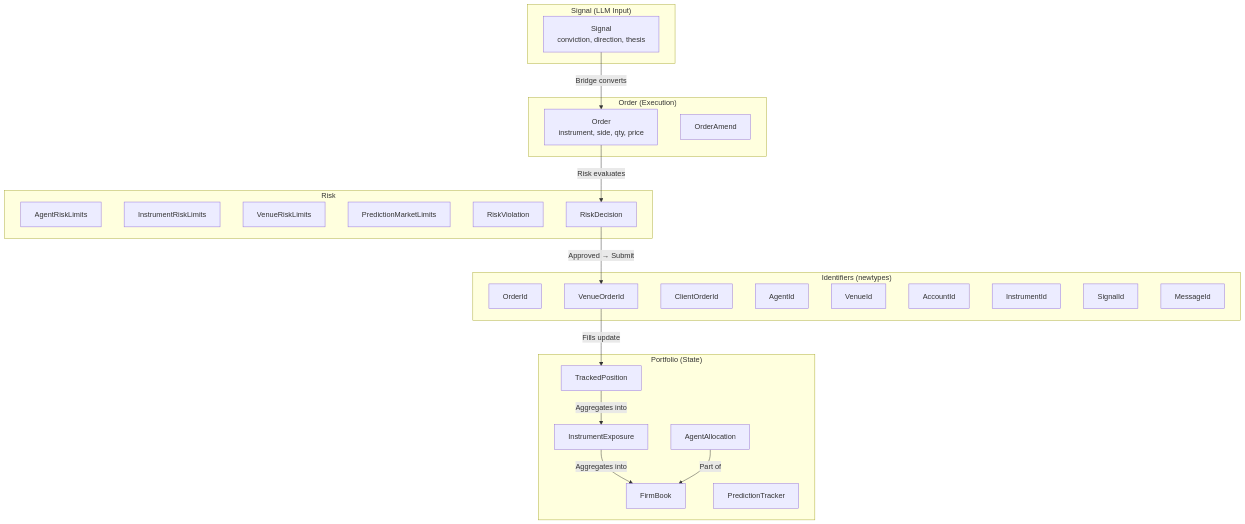
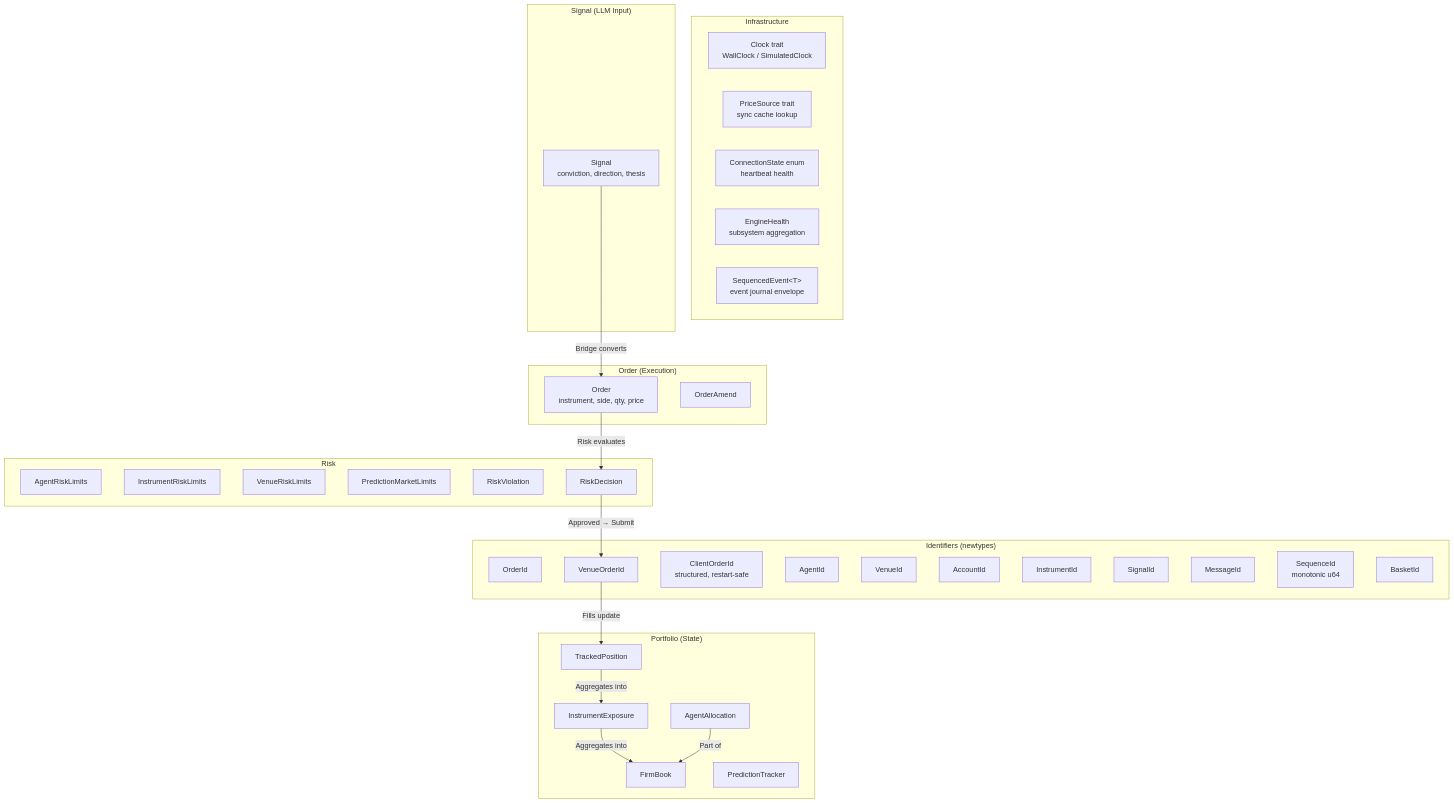
One commit to investlink-ai/feynman-engine changed the first of 4 diagrams in docs/DATA_MODEL.md. Above: the diagram before and after it, drawn with Mermaid. The commit also changed other lines of this file and 24 other files, not shown here.

````diff
--- a/docs/DATA_MODEL.md
+++ b/docs/DATA_MODEL.md
@@ -12,48 +12,58 @@
 ```mermaid
 graph TD
     subgraph Identifiers["Identifiers (newtypes)"]
         OID[OrderId]
         VOID[VenueOrderId]
-        COID[ClientOrderId]
+        COID[ClientOrderId<br/>structured, restart-safe]
         AID[AgentId]
         VID[VenueId]
         ACID[AccountId]
         IID[InstrumentId]
         SID[SignalId]
         MID[MessageId]
+        SEQID[SequenceId<br/>monotonic u64]
+        BID[BasketId]
+    end
+
+    subgraph Infra["Infrastructure"]
+        CLK[Clock trait<br/>WallClock / SimulatedClock]
+        PS[PriceSource trait<br/>sync cache lookup]
+        CS[ConnectionState enum<br/>heartbeat health]
+        EH[EngineHealth<br/>subsystem aggregation]
+        SE[SequencedEvent&lt;T&gt;<br/>event journal envelope]
     end
 
     subgraph Signal["Signal (LLM Input)"]
         SIG[Signal<br/>conviction, direction, thesis]
     end
 
     subgraph Order["Order (Execution)"]
         ORD[Order<br/>instrument, side, qty, price]
         OA[OrderAmend]
     end
 
     subgraph Risk["Risk"]
         ARL[AgentRiskLimits]
         IRL[InstrumentRiskLimits]
         VRL[VenueRiskLimits]
         PML[PredictionMarketLimits]
         RV[RiskViolation]
         RD[RiskDecision]
     end
 
     subgraph Portfolio["Portfolio (State)"]
         FB[FirmBook]
         AA[AgentAllocation]
         IE[InstrumentExposure]
         TP[TrackedPosition]
         PT[PredictionTracker]
     end
 
     SIG -->|Bridge converts| ORD
     ORD -->|Risk evaluates| RD
     RD -->|Approved → Submit| VOID
     VOID -->|Fills update| TP
     TP -->|Aggregates into| IE
     IE -->|Aggregates into| FB
     AA -->|Part of| FB
 ```
````
